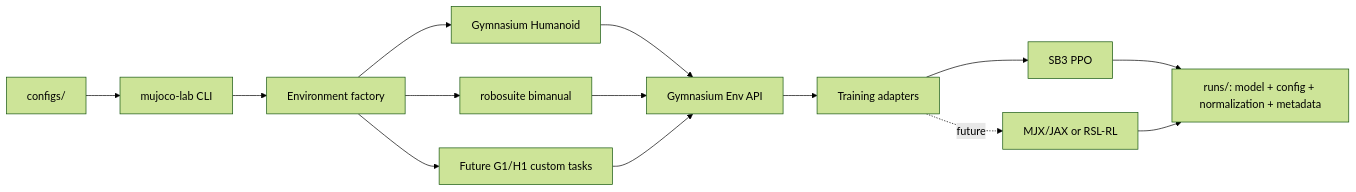
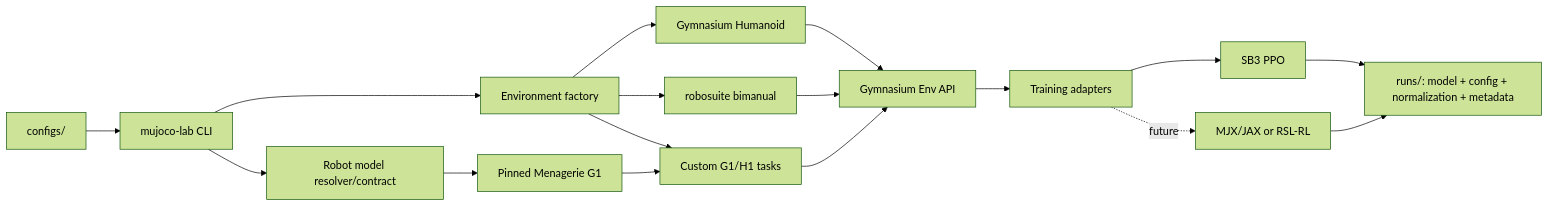
The diagram in README.md (magic-alt/mujoco_lab), drawn with Mermaid (forest theme) before and after one commit. The commit also changed other lines of this file and 9 other files, not shown here.

Commit message:
feat(g1): add pinned Menagerie model inspection contract

````diff
--- a/README.md
+++ b/README.md
@@ -60,16 +68,19 @@
 ```mermaid
 flowchart LR
     C[configs/] --> CLI[mujoco-lab CLI]
+    CLI --> R[Robot model resolver/contract]
     CLI --> F[Environment factory]
+    R --> G1[Pinned Menagerie G1]
     F --> H[Gymnasium Humanoid]
     F --> B[robosuite bimanual]
-    F --> G[Future G1/H1 custom tasks]
+    F --> G[Custom G1/H1 tasks]
+    G1 --> G
     H --> API[Gymnasium Env API]
     B --> API
     G --> API
     API --> T[Training adapters]
     T --> PPO[SB3 PPO]
     T -. future .-> MJX[MJX/JAX or RSL-RL]
     PPO --> A[runs/: model + config + normalization + metadata]
     MJX --> A
 ```
````
